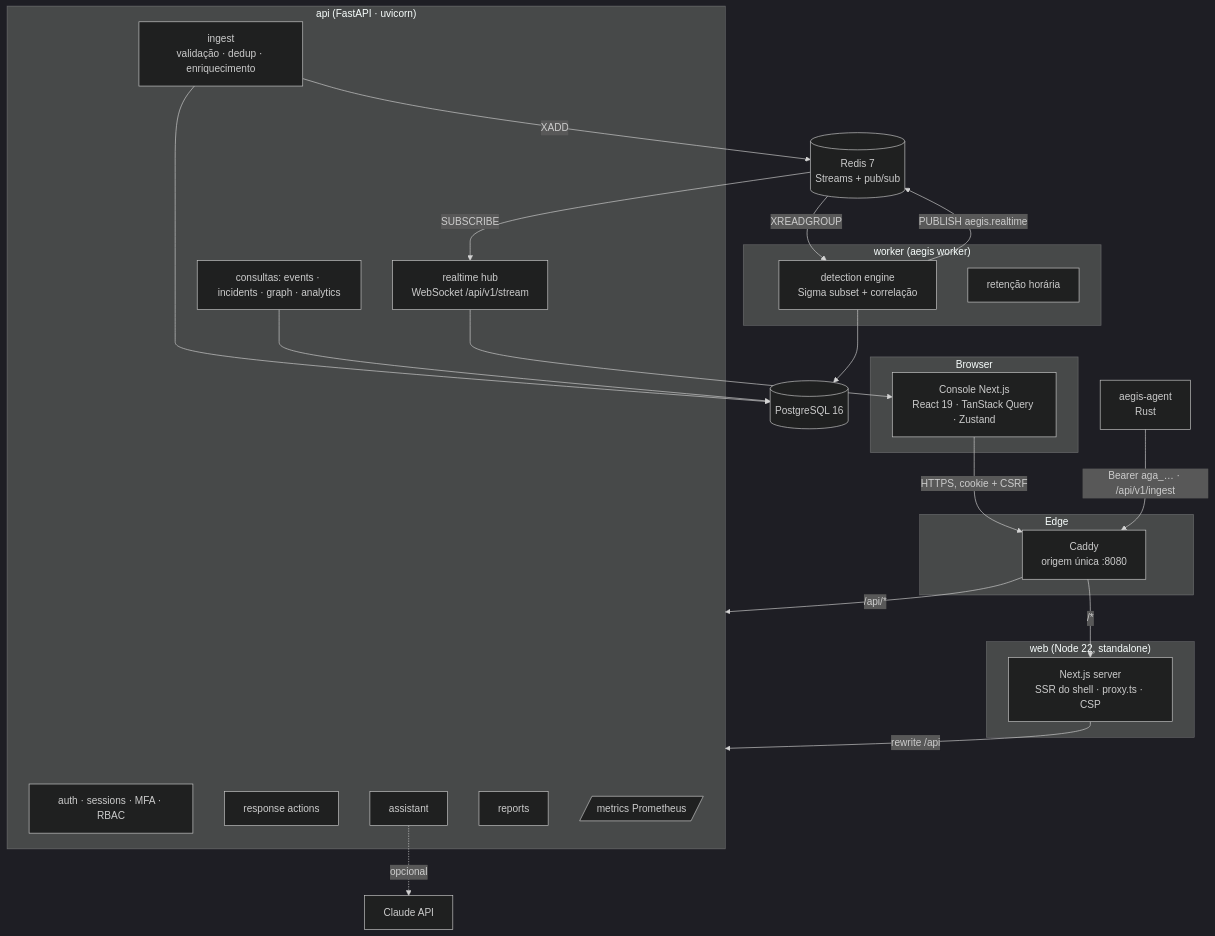
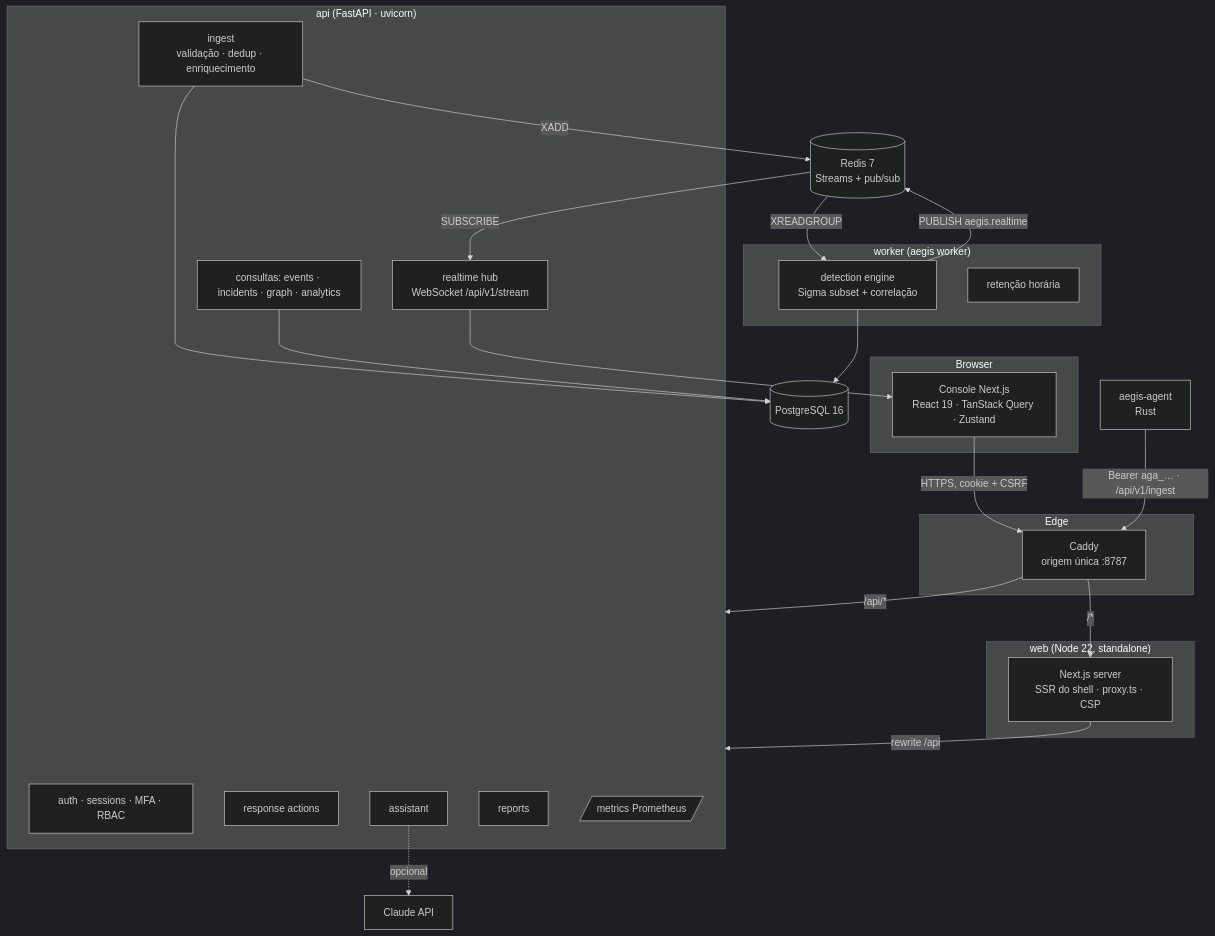
The first of 3 diagrams in docs/architecture.md (ClaudioAMF1/AEGIS), drawn with Mermaid (dark theme) before and after one commit. The commit also changed 7 other files, not shown here.

````diff
--- a/docs/architecture.md
+++ b/docs/architecture.md
@@ -10,44 +10,44 @@
 ```mermaid
 flowchart TB
     subgraph Browser
         UI[Console Next.js<br/>React 19 · TanStack Query · Zustand]
     end
     subgraph Edge
-        GW[Caddy<br/>origem única :8080]
+        GW[Caddy<br/>origem única :8787]
     end
     subgraph Web["web (Node 22, standalone)"]
         NX[Next.js server<br/>SSR do shell · proxy.ts · CSP]
     end
     subgraph API["api (FastAPI · uvicorn)"]
         AUTH[auth · sessions · MFA · RBAC]
         ING[ingest<br/>validação · dedup · enriquecimento]
         Q[consultas: events · incidents · graph · analytics]
         RESP[response actions]
         AI[assistant]
         RPT[reports]
         HUB[realtime hub<br/>WebSocket /api/v1/stream]
         MET[/metrics Prometheus/]
     end
     subgraph Worker["worker (aegis worker)"]
         DET[detection engine<br/>Sigma subset + correlação]
         RET[retenção horária]
     end
     PG[(PostgreSQL 16)]
     RS[(Redis 7<br/>Streams + pub/sub)]
     AG[aegis-agent<br/>Rust]
 
     UI -->|HTTPS, cookie + CSRF| GW
     GW -->|/api/*| API
     GW -->|/*| NX
     NX -->|rewrite /api| API
     AG -->|Bearer aga_… · /api/v1/ingest| GW
     ING --> PG
     ING -->|XADD| RS
     RS -->|XREADGROUP| DET
     DET --> PG
     DET -->|PUBLISH aegis.realtime| RS
     RS -->|SUBSCRIBE| HUB
     HUB --> UI
     AI -.->|opcional| CL[Claude API]
     Q --> PG
 ```
````
